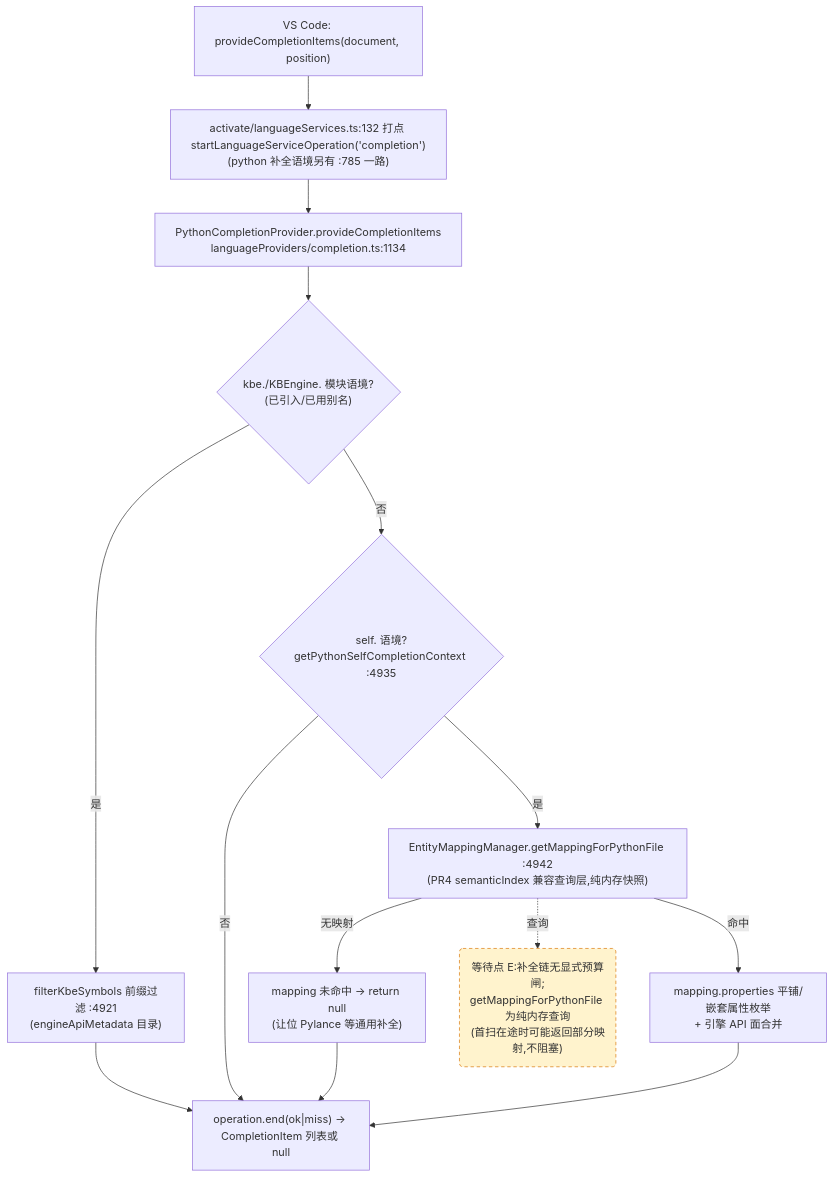
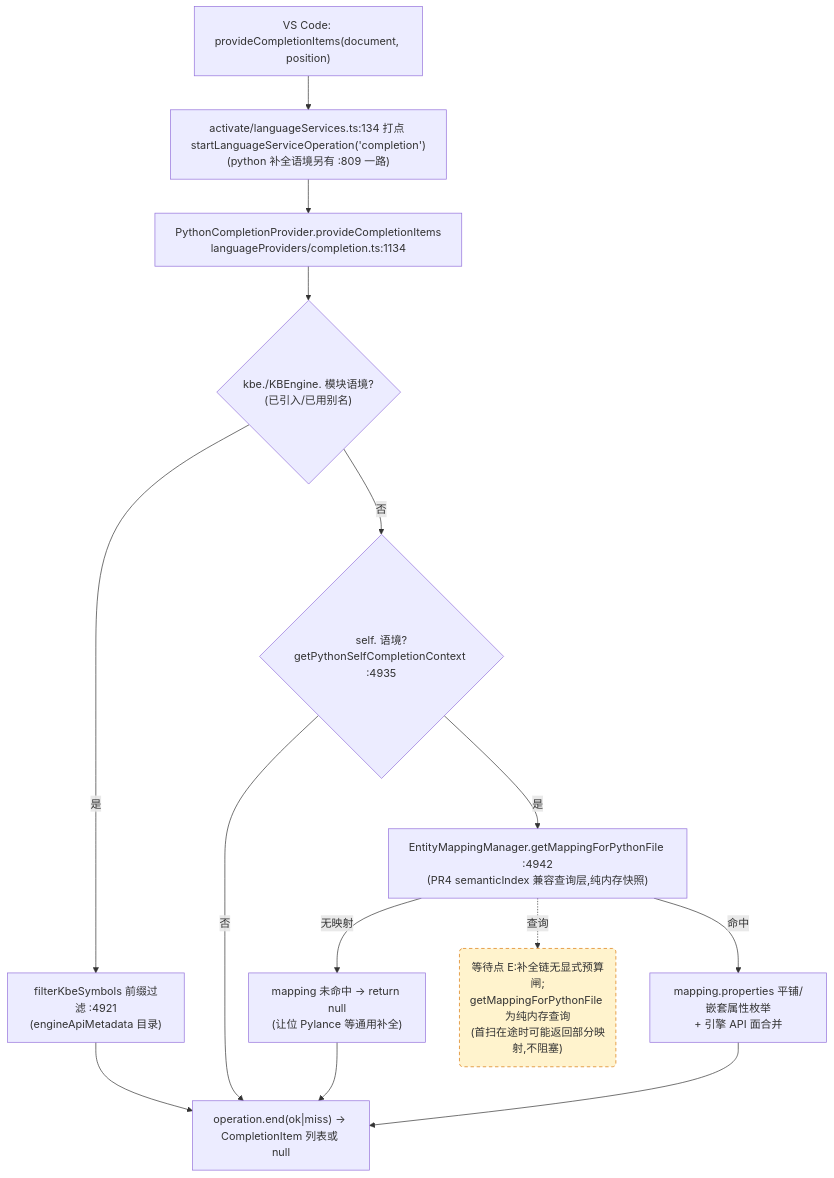
One commit to cuihairu/kode changed the third of 4 diagrams in docs/perf/2026-baseline.md. Above: the diagram before and after it, drawn with Mermaid. The commit also changed other lines of this file and 23 other files, not shown here.

````diff
--- a/docs/perf/2026-baseline.md
+++ b/docs/perf/2026-baseline.md
@@ -201,27 +202,27 @@
 ```mermaid
 flowchart TD
   VC3["VS Code: provideCompletionItems(document, position)"]
-  M3["activate/languageServices.ts:132 打点 startLanguageServiceOperation('completion')<br/>(python 补全语境另有 :785 一路)"]
+  M3["activate/languageServices.ts:134 打点 startLanguageServiceOperation('completion')<br/>(python 补全语境另有 :809 一路)"]
   CP["PythonCompletionProvider.provideCompletionItems<br/>languageProviders/completion.ts:1134"]
   KBEC{"kbe./KBEngine. 模块语境?<br/>(已引入/已用别名)"}
   FILTER["filterKbeSymbols 前缀过滤 :4921<br/>(engineApiMetadata 目录)"]
   SELFC{"self. 语境?<br/>getPythonSelfCompletionContext :4935"}
   MAP["EntityMappingManager.getMappingForPythonFile :4942<br/>(PR4 semanticIndex 兼容查询层,纯内存快照)"]
   NOMAP["mapping 未命中 → return null<br/>(让位 Pylance 等通用补全)"]
   PROPS["mapping.properties 平铺/嵌套属性枚举<br/>+ 引擎 API 面合并"]
   END3["operation.end(ok|miss) → CompletionItem 列表或 null"]
 
   VC3 --> M3 --> CP --> KBEC
   KBEC -- "是" --> FILTER --> END3
   KBEC -- "否" --> SELFC
   SELFC -- "否" --> END3
   SELFC -- "是" --> MAP
   MAP -- "无映射" --> NOMAP --> END3
   MAP -- "命中" --> PROPS --> END3
 
   WAITE("等待点 E:补全链无显式预算闸;<br/>getMappingForPythonFile 为纯内存查询<br/>(首扫在途时可能返回部分映射,不阻塞)")
   MAP -.->|查询| WAITE
 
   classDef waitPoint fill:#fff3cd,stroke:#d97706,stroke-dasharray:5 4;
   class WAITE waitPoint;
 ```
````
